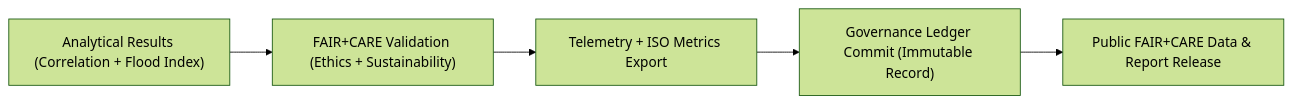
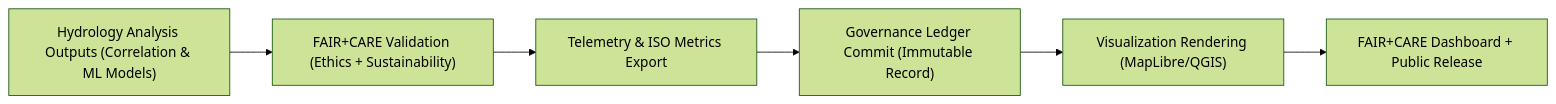
The second of 2 diagrams in docs/analyses/hydrology/drought-flood-correlation/methods/README.md (bartytime4life/Kansas-Frontier-Matrix), drawn with Mermaid (forest theme) before and after one commit. The commit also changed other lines of this file, not shown here.

````diff
--- a/docs/analyses/hydrology/drought-flood-correlation/methods/README.md
+++ b/docs/analyses/hydrology/drought-flood-correlation/methods/README.md
@@ -163,7 +189,8 @@
 ```mermaid
 flowchart LR
-A["Analytical Results (Correlation + Flood Index)"] --> B["FAIR+CARE Validation (Ethics + Sustainability)"]
-B --> C["Telemetry + ISO Metrics Export"]
+A["Hydrology Analysis Outputs (Correlation & ML Models)"] --> B["FAIR+CARE Validation (Ethics + Sustainability)"]
+B --> C["Telemetry & ISO Metrics Export"]
 C --> D["Governance Ledger Commit (Immutable Record)"]
-D --> E["Public FAIR+CARE Data & Report Release"]
+D --> E["Visualization Rendering (MapLibre/QGIS)"]
+E --> F["FAIR+CARE Dashboard + Public Release"]
 ```
````
